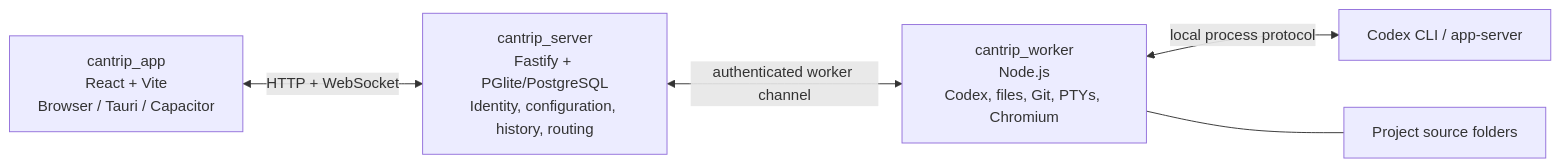
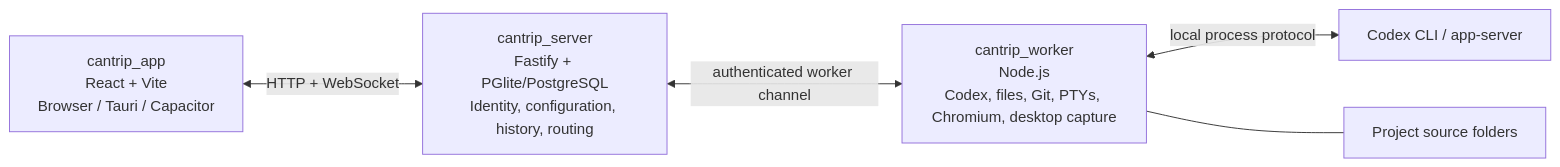
Before and after one commit to ArcaneArts/Cantrip: the diagram in README.md, drawn with Mermaid. The commit also changed other lines of this file and 36 other files, not shown here.

````diff
--- a/README.md
+++ b/README.md
@@ -40,13 +40,13 @@
 ```mermaid
 flowchart LR
     APP["cantrip_app<br/>React + Vite<br/>Browser / Tauri / Capacitor"]
     SERVER["cantrip_server<br/>Fastify + PGlite/PostgreSQL<br/>Identity, configuration, history, routing"]
-    WORKER["cantrip_worker<br/>Node.js<br/>Codex, files, Git, PTYs, Chromium"]
+    WORKER["cantrip_worker<br/>Node.js<br/>Codex, files, Git, PTYs, Chromium, desktop capture"]
     CODEX["Codex CLI / app-server"]
     FILES["Project source folders"]
 
     APP <-->|"HTTP + WebSocket"| SERVER
     SERVER <-->|"authenticated worker channel"| WORKER
     WORKER <-->|"local process protocol"| CODEX
     WORKER --- FILES
 ```
````
